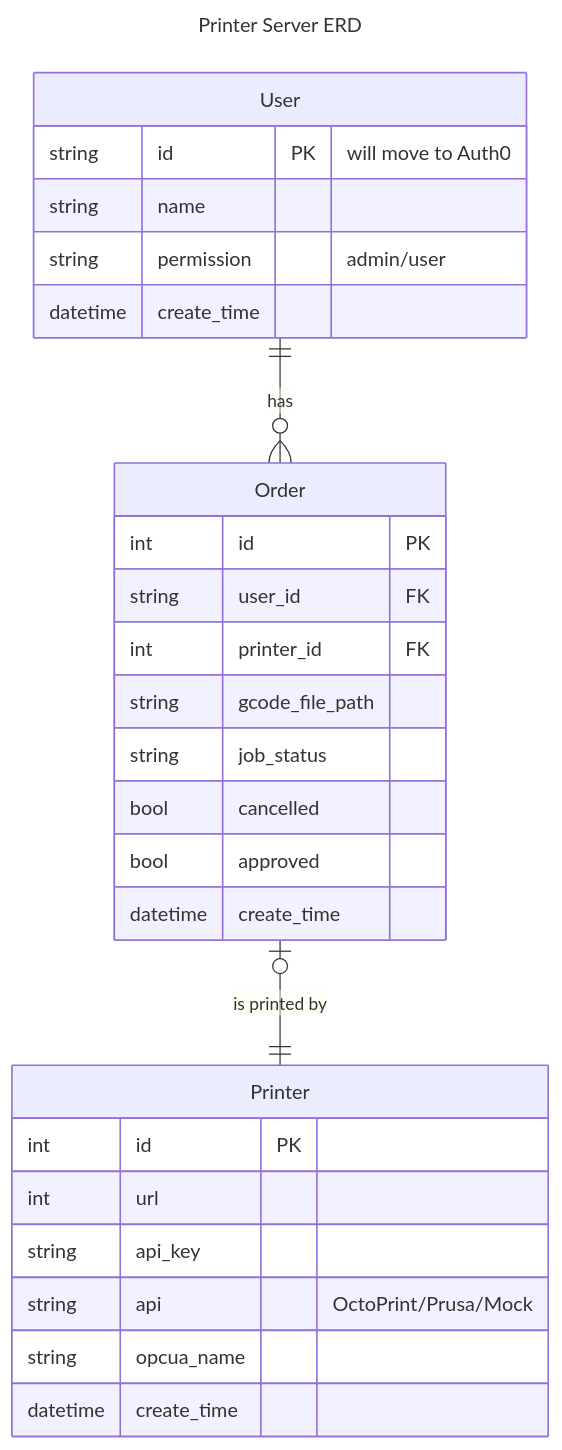
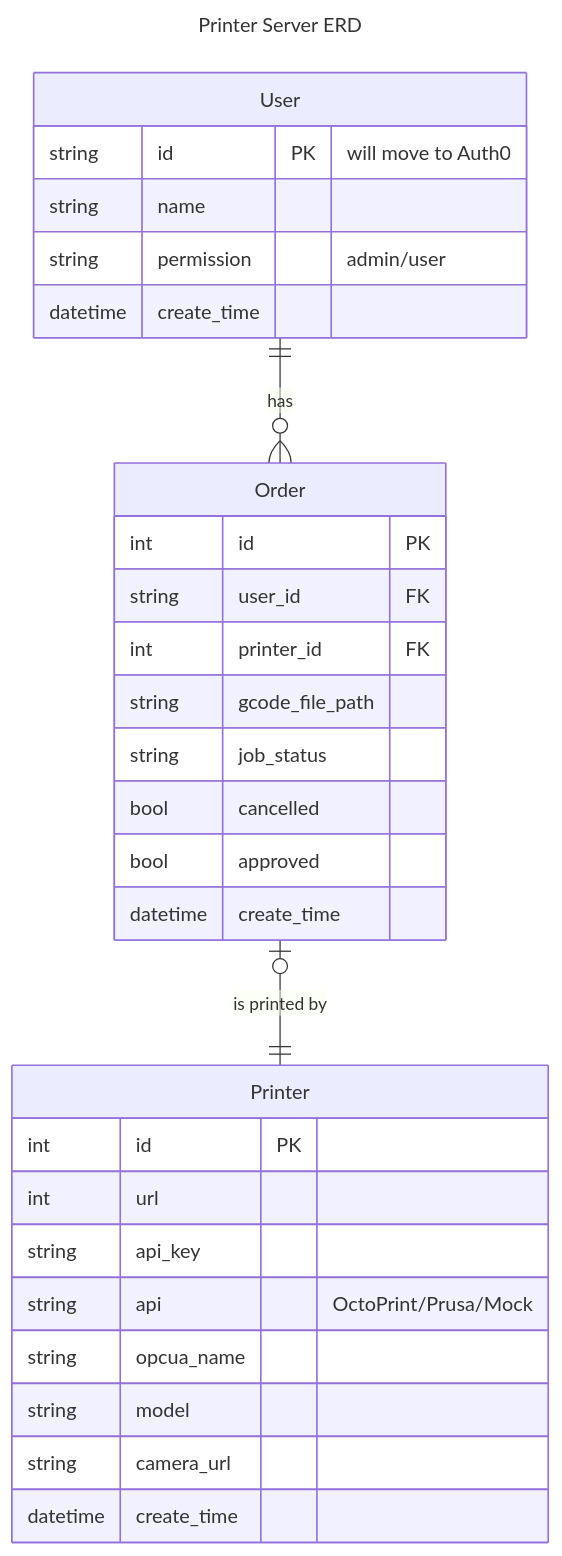
The diagram in README.md (monashautomation/mes-printing-server), drawn with Mermaid before and after one commit. The commit also changed 6 other files, not shown here.

Commit message:
refactor: add printer model and camera url to the printer table

````diff
--- a/README.md
+++ b/README.md
@@ -143,32 +143,34 @@
 ```mermaid
 ---
 title: Printer Server ERD
 ---
 erDiagram
     User ||--o{ Order: has
     Order o|--|| Printer: "is printed by"
     User {
         string id PK "will move to Auth0"
         string name
         string permission "admin/user"
         datetime create_time
     }
     Printer {
         int id PK
         int url
         string api_key
         string api "OctoPrint/Prusa/Mock"
         string opcua_name
+        string model
+        string camera_url
         datetime create_time
     }
     Order {
         int id PK
         string user_id FK
         int printer_id FK
         string gcode_file_path
         string job_status
         bool cancelled
         bool approved
         datetime create_time
     }
 ```
````
